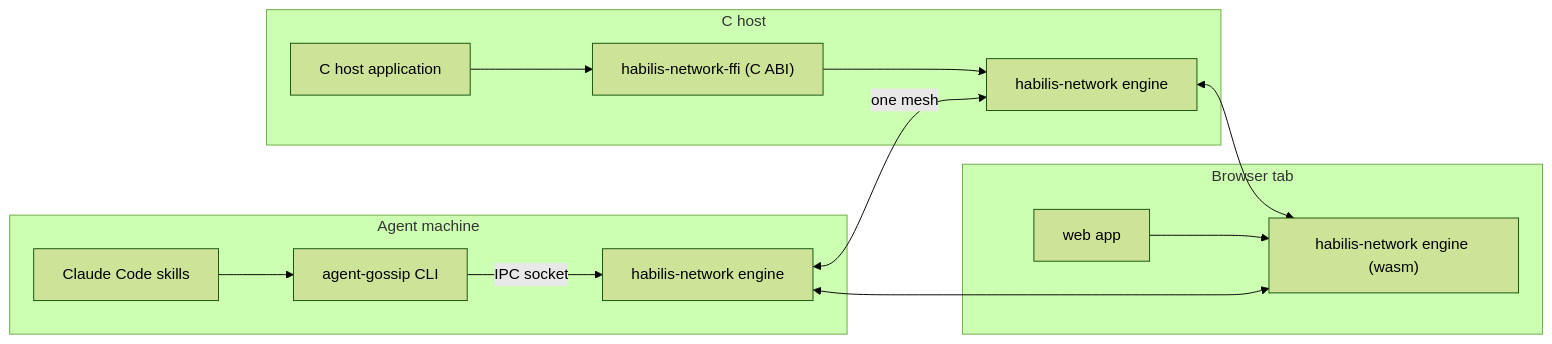
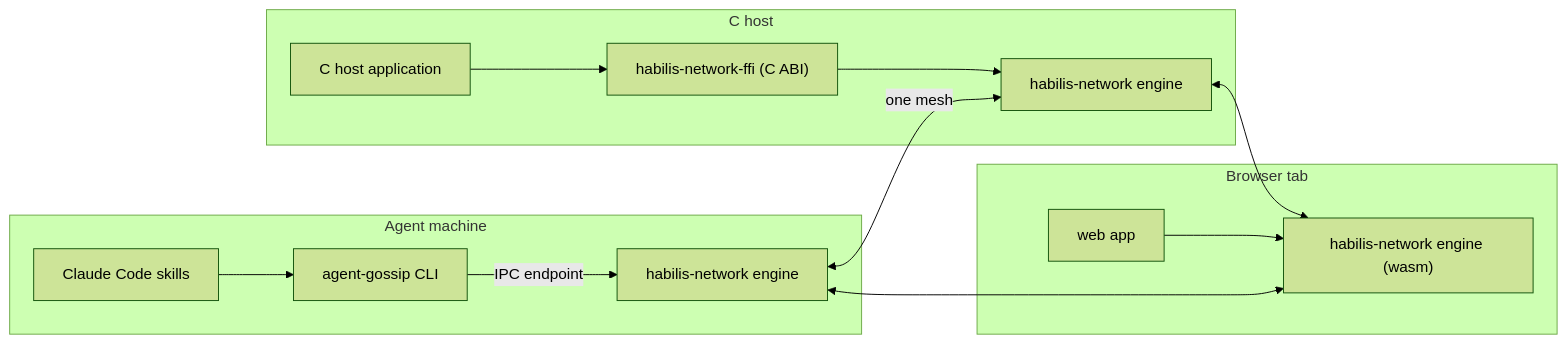
The first of 10 diagrams in docs/architecture.md (agent-habilis/habilis-network), drawn with Mermaid (forest theme) before and after one commit. The commit also changed other lines of this file and 7 other files, not shown here.

First line of the commit message:
docs: architecture.md and the doc comments name the Windows named pipe and the IPC marker

````diff
--- a/docs/architecture.md
+++ b/docs/architecture.md
@@ -39,17 +39,17 @@
 ```mermaid
 graph LR
     subgraph "Agent machine"
         SKILLS["Claude Code skills"] --> CLI["agent-gossip CLI"]
-        CLI -->|"IPC socket"| E1["habilis-network engine"]
+        CLI -->|"IPC endpoint"| E1["habilis-network engine"]
     end
     subgraph "C host"
         APP["C host application"] --> FFI["habilis-network-ffi (C ABI)"]
         FFI --> E2["habilis-network engine"]
     end
     subgraph "Browser tab"
         WEBAPP["web app"] --> E3["habilis-network engine (wasm)"]
     end
     E1 <-->|"one mesh"| E2
     E2 <--> E3
     E1 <--> E3
 ```
````
